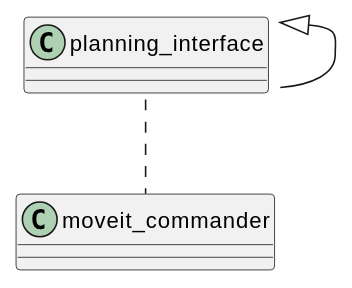
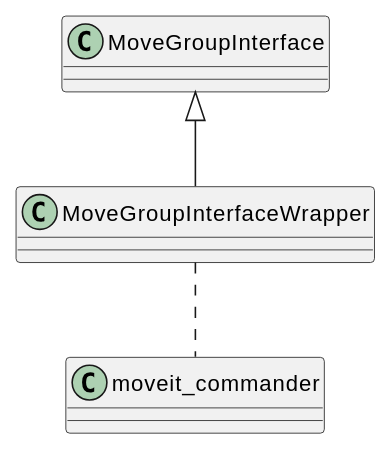
One commit to robo-marc/moveit_documents changed the first of 2 diagrams in source/moveit_commander.rst. Above: the diagram before and after it, drawn with PlantUML. The commit also changed other lines of this file and 1 other file, not shown here.

Commit message:
update UML diagrams

```diff
--- a/source/moveit_commander.rst
+++ b/source/moveit_commander.rst
@@ -10,4 +10,4 @@
 .. uml::
 
-   planning_interface::MoveGroupInterface <|-- planning_interface::MoveGroupInterfaceWrapper
-   planning_interface::MoveGroupInterfaceWrapper .. moveit_commander
+   MoveGroupInterface <|-- MoveGroupInterfaceWrapper
+   MoveGroupInterfaceWrapper .. moveit_commander
```
